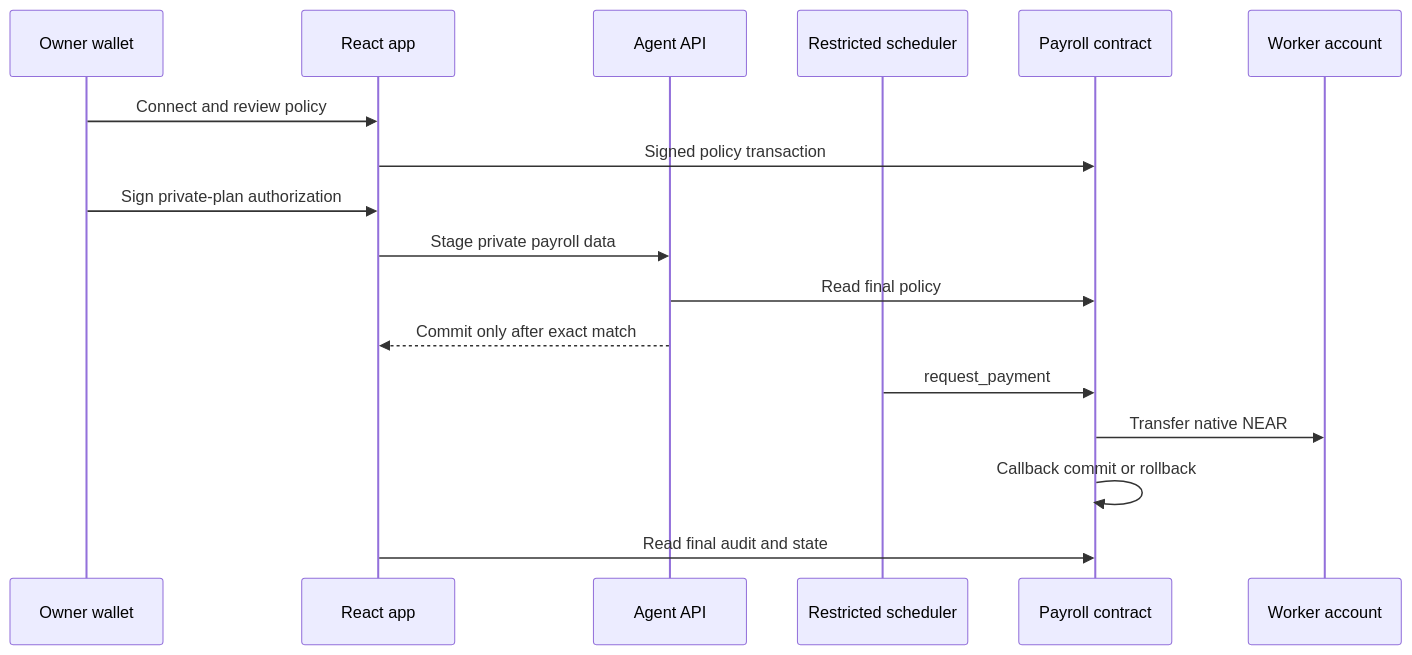
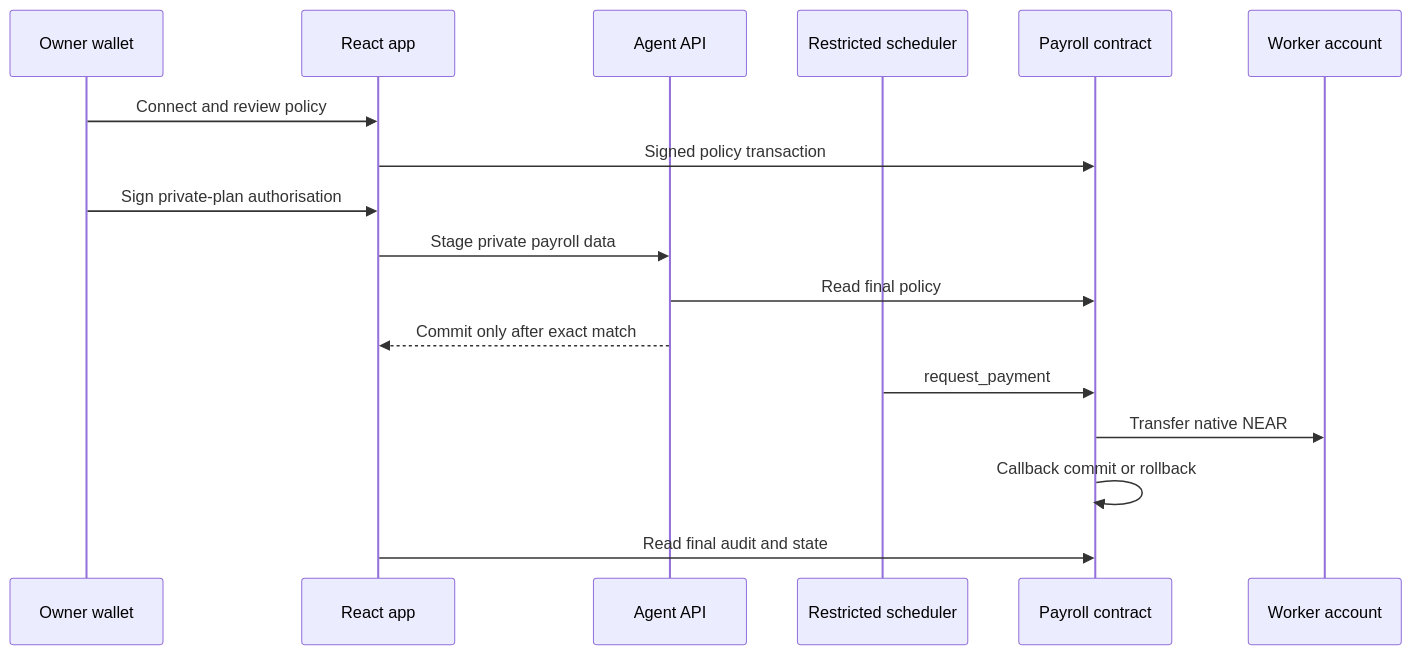
Before and after one commit to arinze116/Clavis: the diagram in docs/ARCHITECTURE.md, drawn with Mermaid. The commit also changed other lines of this file and 34 other files, not shown here.

````diff
--- a/docs/ARCHITECTURE.md
+++ b/docs/ARCHITECTURE.md
@@ -31,20 +31,20 @@
 ```mermaid
 sequenceDiagram
     participant Owner as Owner wallet
     participant UI as React app
     participant API as Agent API
     participant Agent as Restricted scheduler
     participant Contract as Payroll contract
     participant Worker as Worker account
 
     Owner->>UI: Connect and review policy
     UI->>Contract: Signed policy transaction
-    Owner->>UI: Sign private-plan authorization
+    Owner->>UI: Sign private-plan authorisation
     UI->>API: Stage private payroll data
     API->>Contract: Read final policy
     API-->>UI: Commit only after exact match
     Agent->>Contract: request_payment
     Contract->>Worker: Transfer native NEAR
     Contract->>Contract: Callback commit or rollback
     UI->>Contract: Read final audit and state
 ```
````
